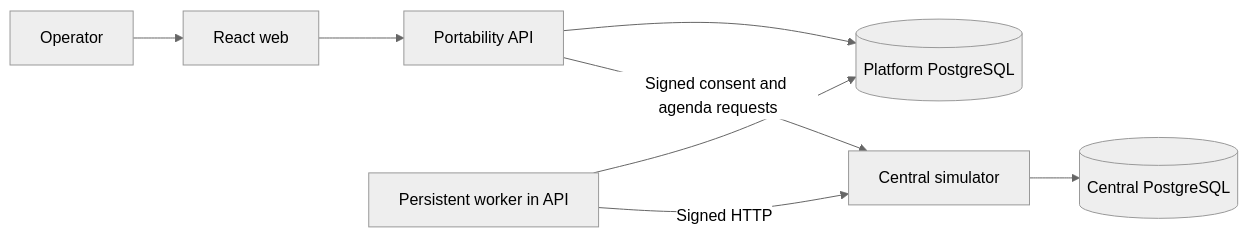
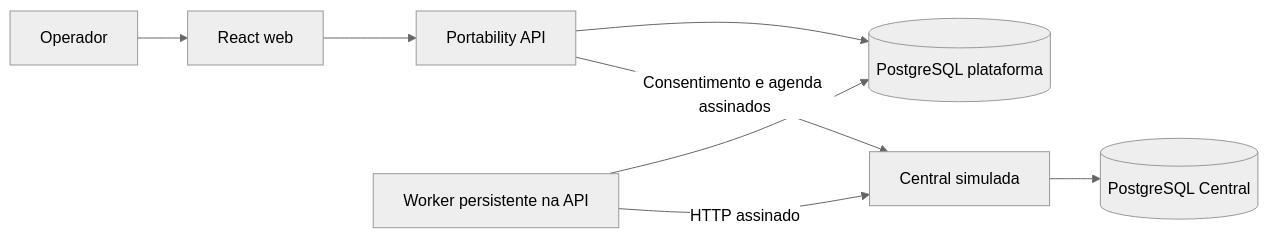
Before and after one commit to mrdouglasmorais/Payroll-Portability-Platform---Case: the first of 2 diagrams in docs/architecture/overview.md, drawn with Mermaid (neutral theme). The commit also changed other lines of this file and 7 other files, not shown here.

````diff
--- a/docs/architecture/overview.md
+++ b/docs/architecture/overview.md
@@ -5,10 +7,10 @@
 ```mermaid
 flowchart LR
-  U[Operator] --> W[React web]
+  U[Operador] --> W[React web]
   W --> A[Portability API]
-  A --> D[(Platform PostgreSQL)]
-  J[Persistent worker in API] --> D
-  J -->|Signed HTTP| C[Central simulator]
-  A -->|Signed consent and agenda requests| C
-  C --> E[(Central PostgreSQL)]
+  A --> D[(PostgreSQL plataforma)]
+  J[Worker persistente na API] --> D
+  J -->|HTTP assinado| C[Central simulada]
+  A -->|Consentimento e agenda assinados| C
+  C --> E[(PostgreSQL Central)]
 ```
````
